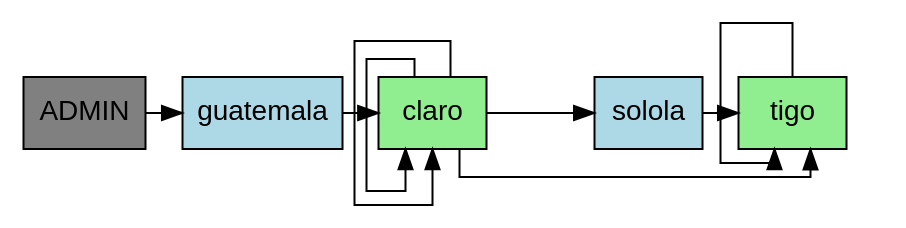
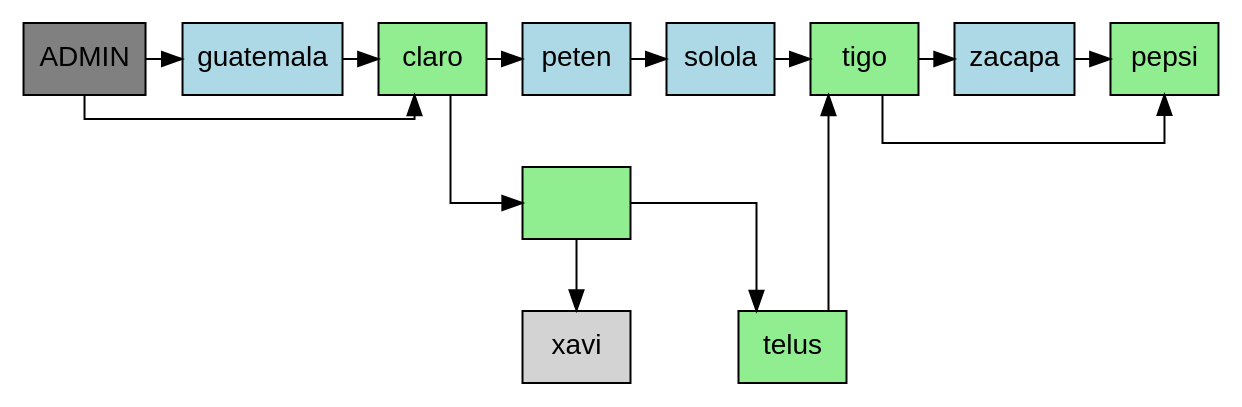
Before and after one commit to DavidVelasquez77/EDD_PROYECTO1: the diagram in output/reporte_matriz.dot, drawn with Graphviz. The commit also changed 5 other files, not shown here.

```diff
--- a/output/reporte_matriz.dot
+++ b/output/reporte_matriz.dot
@@ -1,21 +1,32 @@
 digraph MatrizDispersa {
   node [shape=box, style=filled, fontname=Arial];
   splines=ortho;
   rankdir=TB;
   "ADMIN" [fillcolor=gray, group=1, pos="0,0!"];
   "guatemala" [fillcolor=lightblue, group=2, pos="2,0!"];
   "ADMIN" -> "guatemala";
   "claro" [fillcolor=lightblue, group=3, pos="3,0!"];
   "guatemala" -> "claro";
-  "claro" -> "claro";
-  "solola" [fillcolor=lightblue, group=4, pos="4,0!"];
-  "claro" -> "solola";
-  "tigo" [fillcolor=lightblue, group=5, pos="5,0!"];
+  "peten" [fillcolor=lightblue, group=4, pos="4,0!"];
+  "claro" -> "peten";
+  "solola" [fillcolor=lightblue, group=5, pos="5,0!"];
+  "peten" -> "solola";
+  "tigo" [fillcolor=lightblue, group=6, pos="6,0!"];
   "solola" -> "tigo";
-  "tigo" -> "tigo";
+  "zacapa" [fillcolor=lightblue, group=7, pos="7,0!"];
+  "tigo" -> "zacapa";
+  "pepsi" [fillcolor=lightblue, group=8, pos="8,0!"];
+  "zacapa" -> "pepsi";
   "claro" [fillcolor=lightgreen, group=1, pos="0,-1!"];
-  "claro" -> "claro";
-  "tigo" [fillcolor=lightgreen, group=1, pos="0,-2!"];
-  "claro" -> "tigo";
-  { rank=same; "ADMIN" "guatemala" "claro" "solola" "tigo" }
+  "ADMIN" -> "claro";
+  "" [fillcolor=lightgreen, group=1, pos="0,-2!"];
+  "claro" -> "";
+  "telus" [fillcolor=lightgreen, group=1, pos="0,-3!"];
+  "" -> "telus";
+  "tigo" [fillcolor=lightgreen, group=1, pos="0,-4!"];
+  "telus" -> "tigo";
+  "pepsi" [fillcolor=lightgreen, group=1, pos="0,-5!"];
+  "tigo" -> "pepsi";
+  "" -> "xavi";
+  { rank=same; "ADMIN" "guatemala" "claro" "peten" "solola" "tigo" "zacapa" "pepsi" }
 }
```
